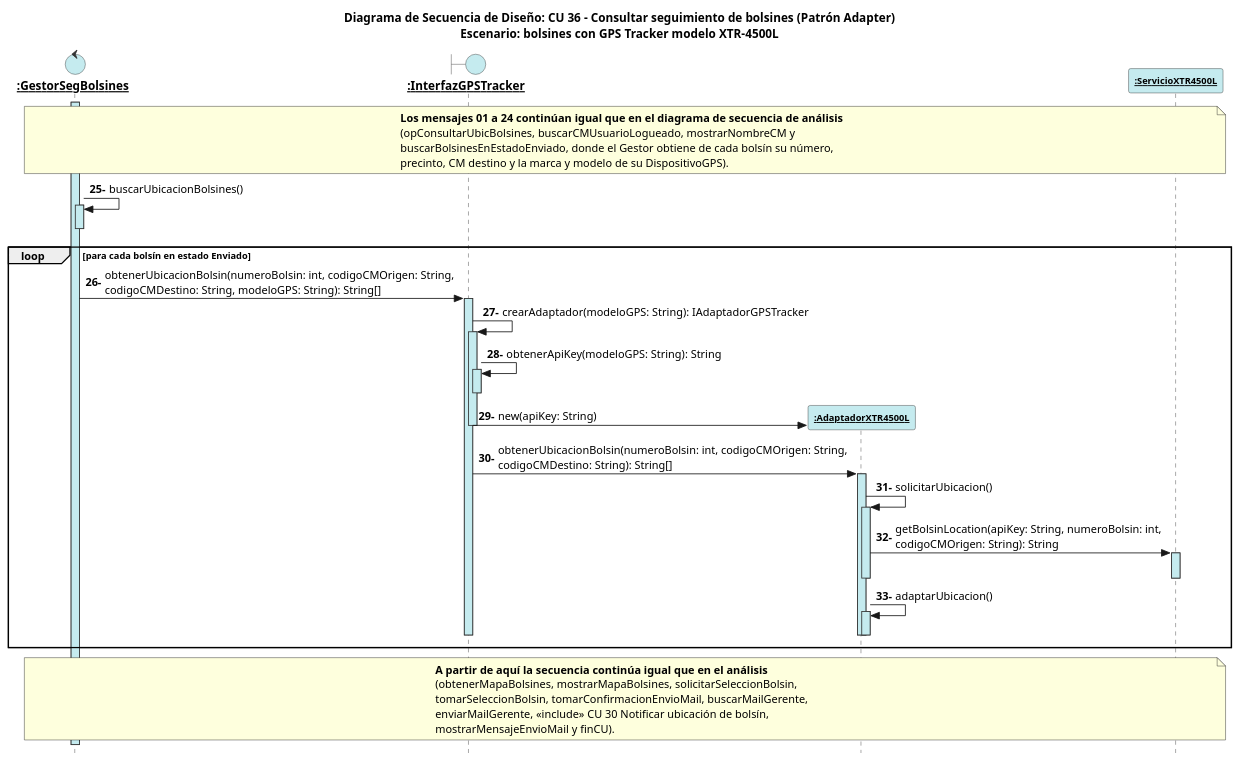
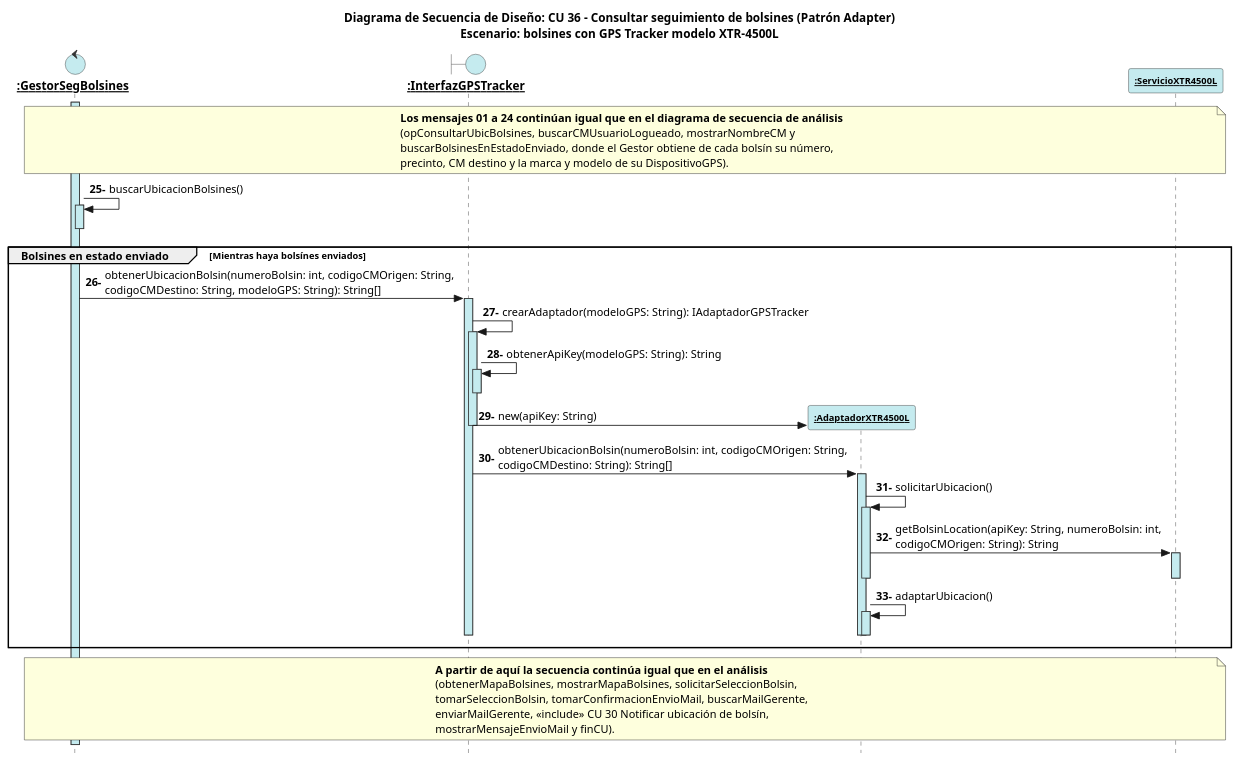
Before and after one commit to FabrizioRava/PPAI-2026-Grupo1: the diagram in AplicacionAdapter/DiagramaSecuenciaAdapter.plantuml, drawn with PlantUML. The commit also changed 2 other files, not shown here.

```diff
--- a/AplicacionAdapter/DiagramaSecuenciaAdapter.plantuml
+++ b/AplicacionAdapter/DiagramaSecuenciaAdapter.plantuml
@@ -1,74 +1,74 @@
 @startuml Diagrama Secuencia Patron Adapter
 ' Se numera desde el mensaje 25 para mantener la misma numeración que el
 ' diagrama de secuencia de análisis (Analisis/DiagramaDeSecuenciaPPAI.puml).
 autonumber 25 "<b>00-"
 skinparam style strictuml
 
 skinparam sequence {
     LifeLineBackgroundColor #C5EBEF
     LifeLineBorderColor #333333
     ParticipantBackgroundColor #C5EBEF
     ParticipantBorderColor #333333
     ParticipantFontName Arial
     ParticipantFontSize 11
 }
 
 skinparam entityBackgroundColor #C5EBEF
 skinparam entityBorderColor #333333
 skinparam controlBackgroundColor #C5EBEF
 skinparam controlBorderColor #333333
 skinparam boundaryBackgroundColor #C5EBEF
 skinparam boundaryBorderColor #333333
 
 title Diagrama de Secuencia de Diseño: CU 36 - Consultar seguimiento de bolsines (Patrón Adapter)\nEscenario: bolsines con GPS Tracker modelo XTR-4500L
 
 control "<b><u>:GestorSegBolsines" as G
 boundary "<b><u>:InterfazGPSTracker" as GPS
 participant "<b><u>:AdaptadorXTR4500L" as A
 participant "<b><u>:ServicioXTR4500L" as SX
 
 note over G, SX
   <b>Los mensajes 01 a 24 continúan igual que en el diagrama de secuencia de análisis</b>
   (opConsultarUbicBolsines, buscarCMUsuarioLogueado, mostrarNombreCM y
   buscarBolsinesEnEstadoEnviado, donde el Gestor obtiene de cada bolsín su número,
   precinto, CM destino y la marca y modelo de su DispositivoGPS).
 end note
 
 activate G
 G -> G ++ : buscarUbicacionBolsines()
 deactivate G
 
-loop para cada bolsín en estado Enviado
+group Bolsines en estado enviado [Mientras haya bolsínes enviados]
     G -> GPS ++ : obtenerUbicacionBolsin(numeroBolsin: int, codigoCMOrigen: String,\ncodigoCMDestino: String, modeloGPS: String): String[]
 
         GPS -> GPS ++ : crearAdaptador(modeloGPS: String): IAdaptadorGPSTracker
             GPS -> GPS ++ : obtenerApiKey(modeloGPS: String): String
             deactivate GPS
             create A
             GPS -> A : new(apiKey: String)
         deactivate GPS
 
         GPS -> A ++ : obtenerUbicacionBolsin(numeroBolsin: int, codigoCMOrigen: String,\ncodigoCMDestino: String): String[]
 
             A -> A ++ : solicitarUbicacion()
                 A -> SX ++ : getBolsinLocation(apiKey: String, numeroBolsin: int,\ncodigoCMOrigen: String): String
                 deactivate SX
             deactivate A
 
             A -> A ++ : adaptarUbicacion()
             deactivate A
 
         deactivate A
     deactivate GPS
 end
 
 note over G, SX
   <b>A partir de aquí la secuencia continúa igual que en el análisis</b>
   (obtenerMapaBolsines, mostrarMapaBolsines, solicitarSeleccionBolsin,
   tomarSeleccionBolsin, tomarConfirmacionEnvioMail, buscarMailGerente,
   enviarMailGerente, «include» CU 30 Notificar ubicación de bolsín,
   mostrarMensajeEnvioMail y finCU).
 end note
 
 deactivate G
 @enduml
```
